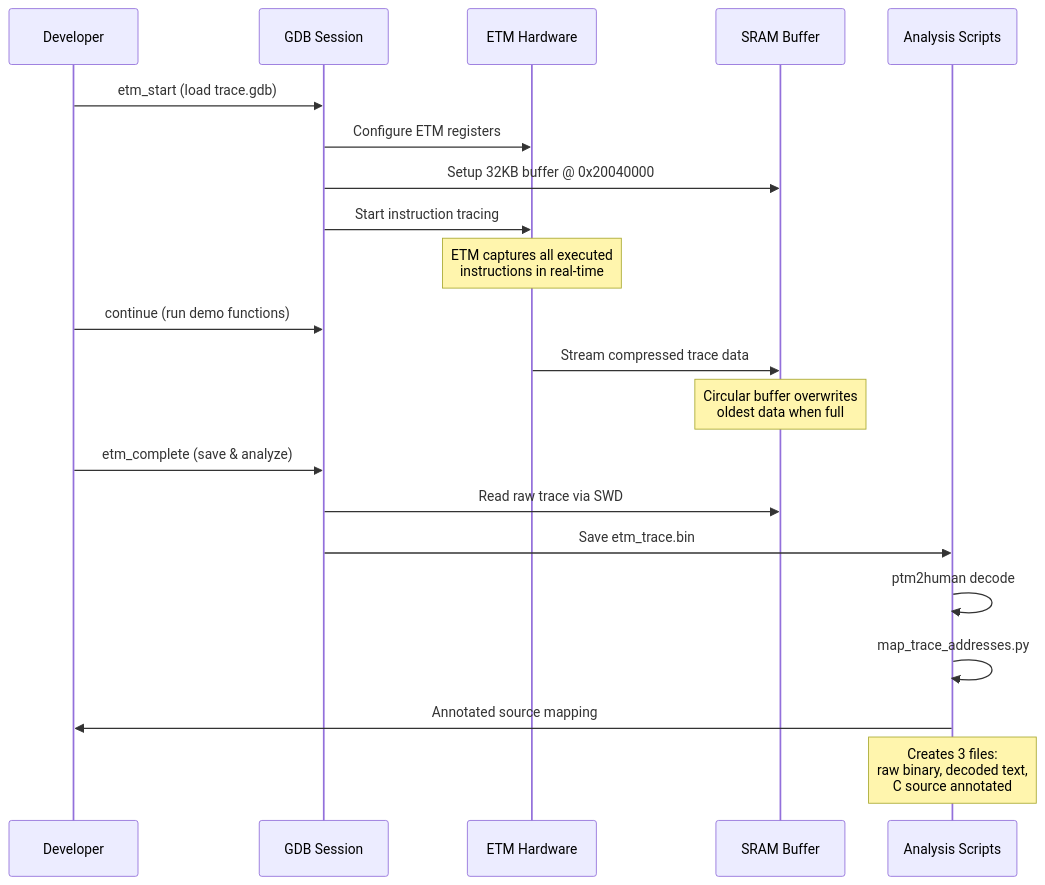
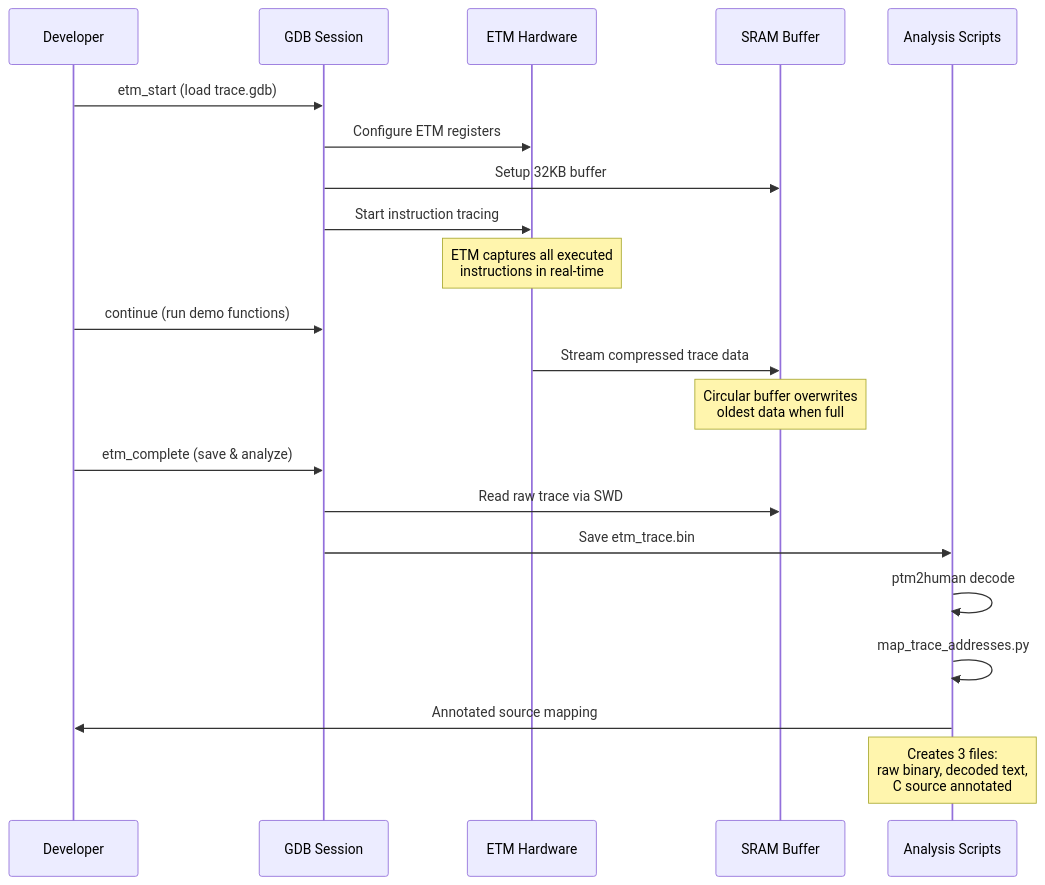
Before and after one commit to Tabrez-dev/pico2-etm: the second of 3 diagrams in README.md, drawn with Mermaid. The commit also changed other lines of this file, not shown here.

````diff
--- a/README.md
+++ b/README.md
@@ -63,28 +63,28 @@
 ```mermaid
 sequenceDiagram
     participant User as Developer
     participant GDB as GDB Session
     participant ETM as ETM Hardware
     participant Buffer as SRAM Buffer
     participant Scripts as Analysis Scripts
     
     User->>GDB: etm_start (load trace.gdb)
     GDB->>ETM: Configure ETM registers
-    GDB->>Buffer: Setup 32KB buffer @ 0x20040000
+    GDB->>Buffer: Setup 32KB buffer
     GDB->>ETM: Start instruction tracing
     Note over ETM: ETM captures all executed<br/>instructions in real-time
     
     User->>GDB: continue (run demo functions)
     ETM->>Buffer: Stream compressed trace data
     Note over Buffer: Circular buffer overwrites<br/>oldest data when full
     
     User->>GDB: etm_complete (save & analyze)
     GDB->>Buffer: Read raw trace via SWD
     GDB->>Scripts: Save etm_trace.bin
     
     Scripts->>Scripts: ptm2human decode
     Scripts->>Scripts: map_trace_addresses.py
     Scripts->>User: Annotated source mapping
     
     Note over Scripts: Creates 3 files:<br/>raw binary, decoded text,<br/>C source annotated
 ```
````
